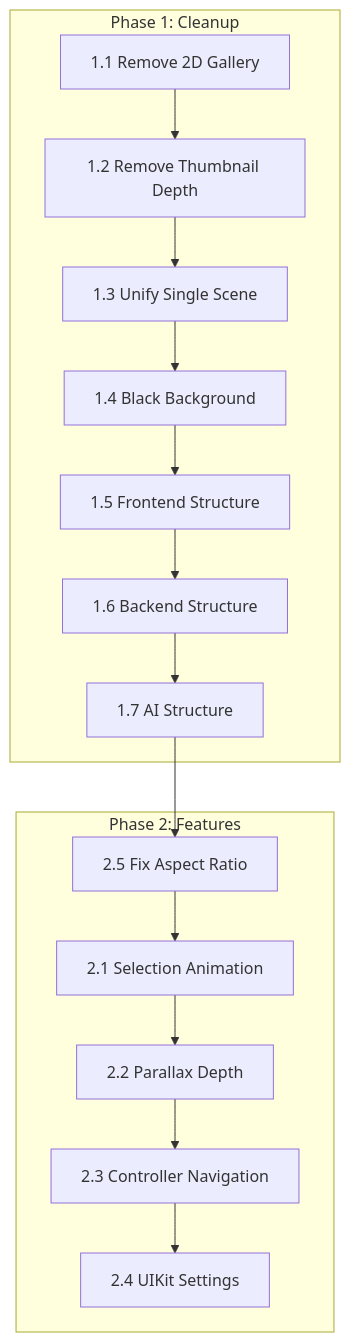
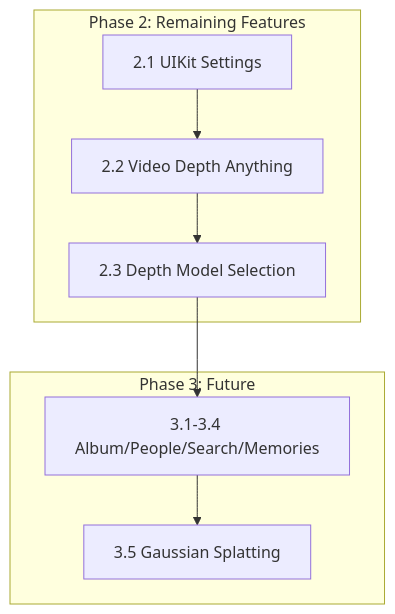
One commit to Papyszoo/ImmichVR changed the second of 2 diagrams in roadmap.md. Above: the diagram before and after it, drawn with Mermaid. The commit also changed other lines of this file and 6 other files, not shown here.

````diff
--- a/roadmap.md
+++ b/roadmap.md
@@ -526,19 +399,12 @@
 ```mermaid
 graph TD
-    subgraph Phase 1: Cleanup
-        A[1.1 Remove 2D Gallery] --> B[1.2 Remove Thumbnail Depth]
-        B --> C[1.3 Unify Single Scene]
-        C --> D[1.4 Black Background]
-        D --> E[1.5 Frontend Structure]
-        E --> F[1.6 Backend Structure]
-        F --> G[1.7 AI Structure]
+    subgraph Phase 2: Remaining Features
+        A[2.1 UIKit Settings] --> B[2.2 Video Depth Anything]
+        B --> C[2.3 Depth Model Selection]
     end
     
-    subgraph Phase 2: Features
-        G --> H[2.5 Fix Aspect Ratio]
-        H --> I[2.1 Selection Animation]
-        I --> J[2.2 Parallax Depth]
-        J --> K[2.3 Controller Navigation]
-        K --> L[2.4 UIKit Settings]
+    subgraph Phase 3: Future
+        C --> D[3.1-3.4 Album/People/Search/Memories]
+        D --> E[3.5 Gaussian Splatting]
     end
 ```
````
